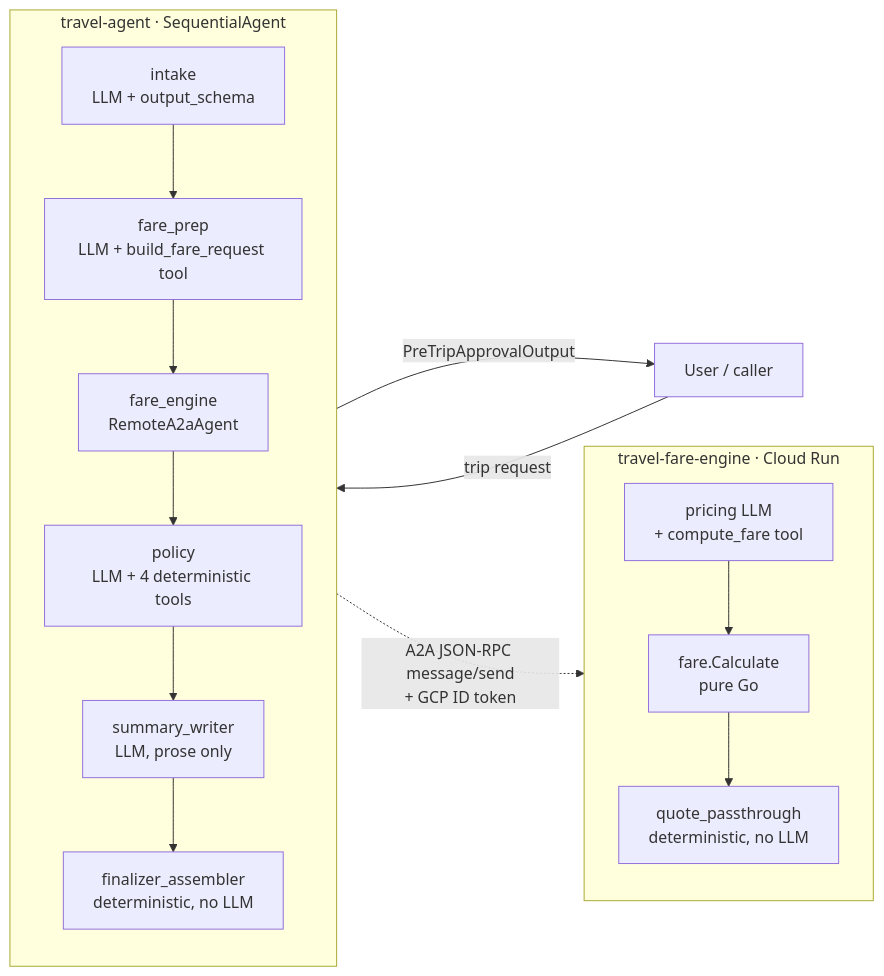
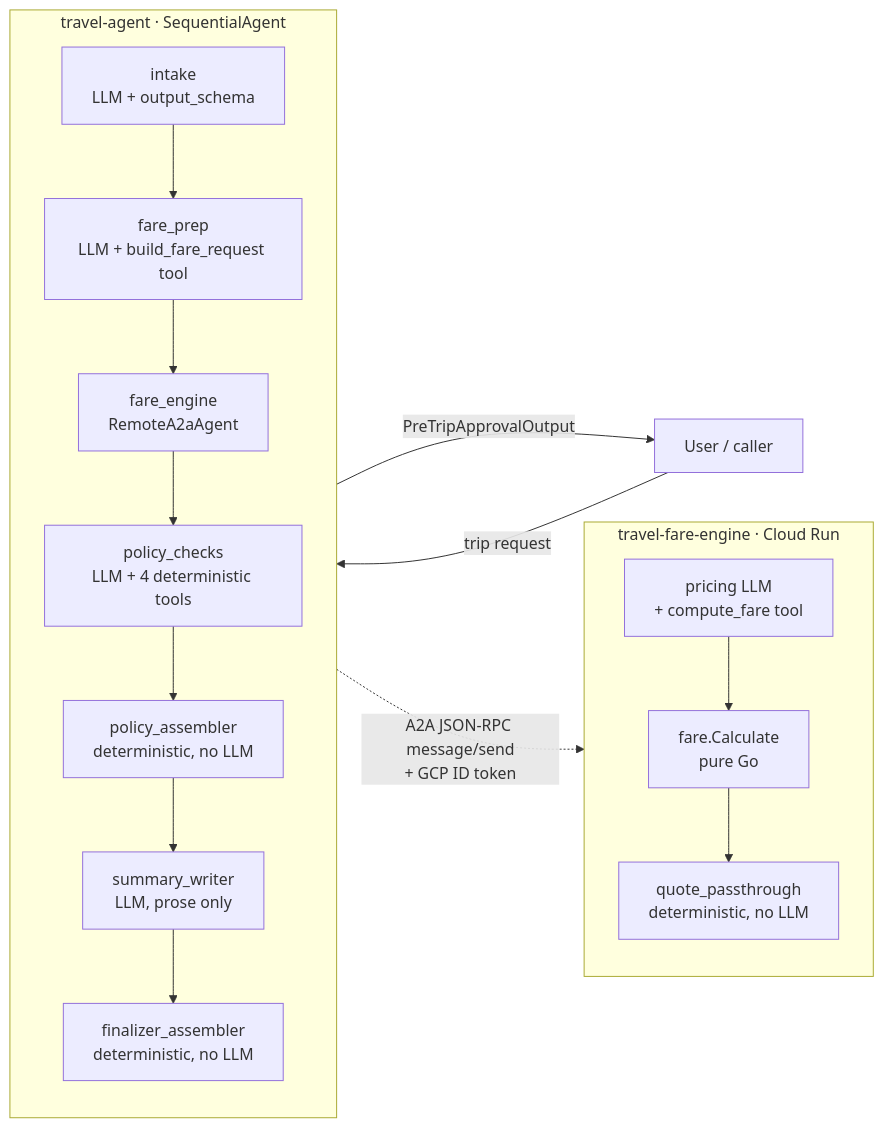
Before and after one commit to yakyetilabs/travel-agent: the diagram in docs/ARCHITECTURE.md, drawn with Mermaid. The commit also changed other lines of this file and 5 other files, not shown here.

First line of the commit message:
refactor: assemble the policy decision in code, not through the LLM

````diff
--- a/docs/ARCHITECTURE.md
+++ b/docs/ARCHITECTURE.md
@@ -18,23 +18,24 @@
 ```mermaid
 flowchart LR
     U[User / caller] -->|trip request| ORCH
 
     subgraph ORCH[travel-agent  ·  SequentialAgent]
         direction TB
         I[intake<br/>LLM + output_schema] --> FP[fare_prep<br/>LLM + build_fare_request tool]
         FP --> FE[fare_engine<br/>RemoteA2aAgent]
-        FE --> P[policy<br/>LLM + 4 deterministic tools]
-        P --> SW[summary_writer<br/>LLM, prose only]
+        FE --> PC[policy_checks<br/>LLM + 4 deterministic tools]
+        PC --> PA[policy_assembler<br/>deterministic, no LLM]
+        PA --> SW[summary_writer<br/>LLM, prose only]
         SW --> FA[finalizer_assembler<br/>deterministic, no LLM]
     end
 
     FE -.->|A2A JSON-RPC message/send<br/>+ GCP ID token| ENGINE
 
     subgraph ENGINE[travel-fare-engine  ·  Cloud Run]
         direction TB
         PR[pricing LLM<br/>+ compute_fare tool] --> CALC[fare.Calculate<br/>pure Go]
         CALC --> FMT[quote_passthrough<br/>deterministic, no LLM]
     end
 
     FA -->|PreTripApprovalOutput| U
 ```
````
